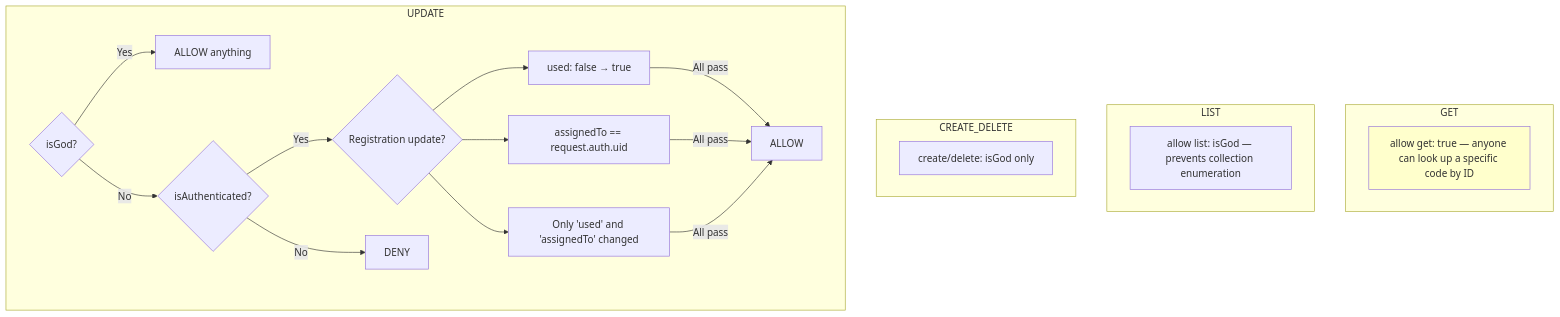
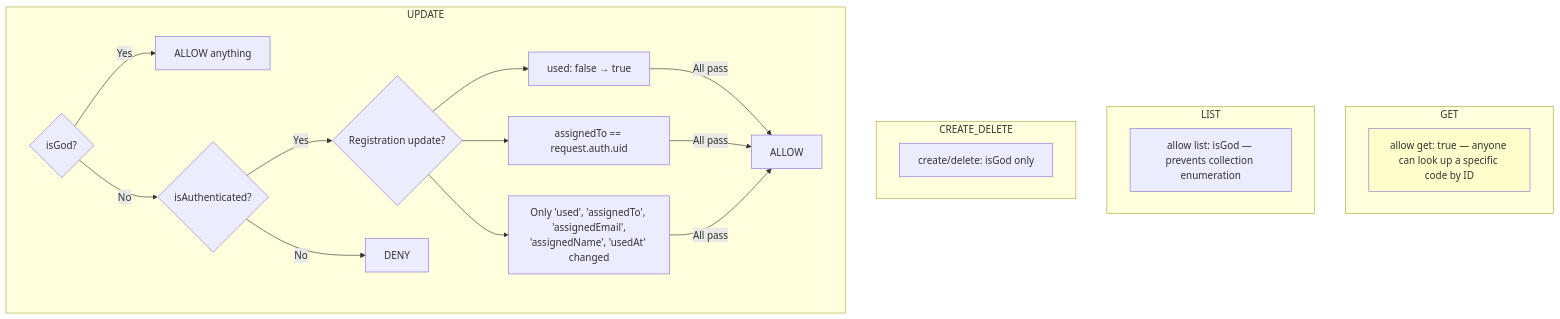
One commit to LNiitlahti/BoardGame changed the fourth of 5 diagrams in BoardGame/docs/architecture/firestore-rules.md. Above: the diagram before and after it, drawn with Mermaid. The commit also changed other lines of this file, not shown here.

First line of the commit message:
docs(firestore-rules): document referral-code hasOnly widening fix

````diff
--- a/BoardGame/docs/architecture/firestore-rules.md
+++ b/BoardGame/docs/architecture/firestore-rules.md
@@ -120,27 +120,27 @@
 ```mermaid
 flowchart TD
     subgraph GET
         G1["allow get: true — anyone can look up a specific code by ID"]
     end
 
     subgraph LIST
         L1["allow list: isGod — prevents collection enumeration"]
     end
 
     subgraph CREATE_DELETE
         CD1["create/delete: isGod only"]
     end
 
     subgraph UPDATE
         U1{isGod?} -->|Yes| U2[ALLOW anything]
         U1 -->|No| U3{isAuthenticated?}
         U3 -->|Yes| U4{"Registration update?"}
         U4 --> U5["used: false → true"]
         U4 --> U6["assignedTo == request.auth.uid"]
-        U4 --> U7["Only 'used' and 'assignedTo' changed"]
+        U4 --> U7["Only 'used', 'assignedTo', 'assignedEmail',<br/>'assignedName', 'usedAt' changed"]
         U5 & U6 & U7 -->|All pass| U8[ALLOW]
         U3 -->|No| U9[DENY]
     end
 
     style G1 fill:#ffffcc
 ```
````
